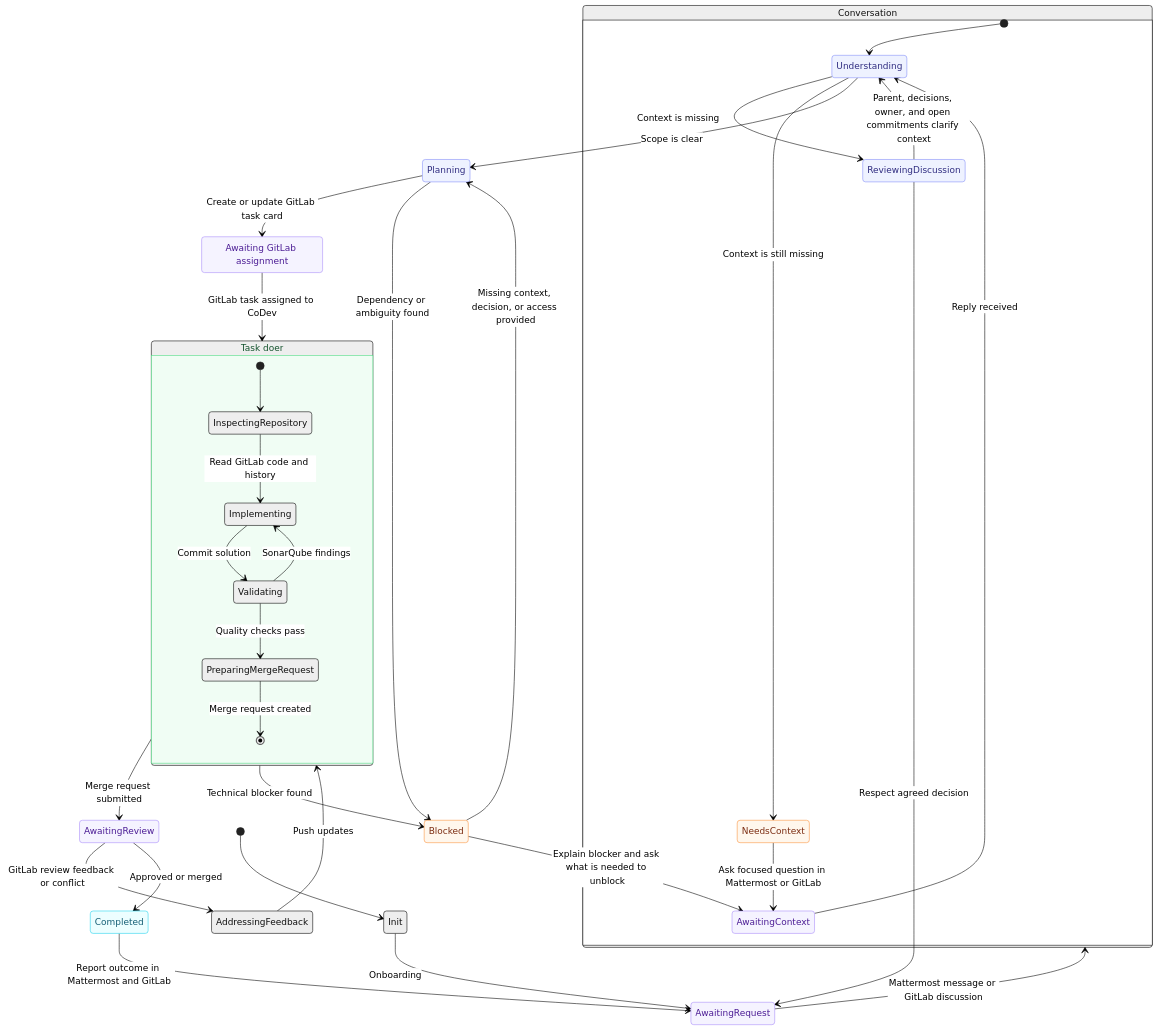
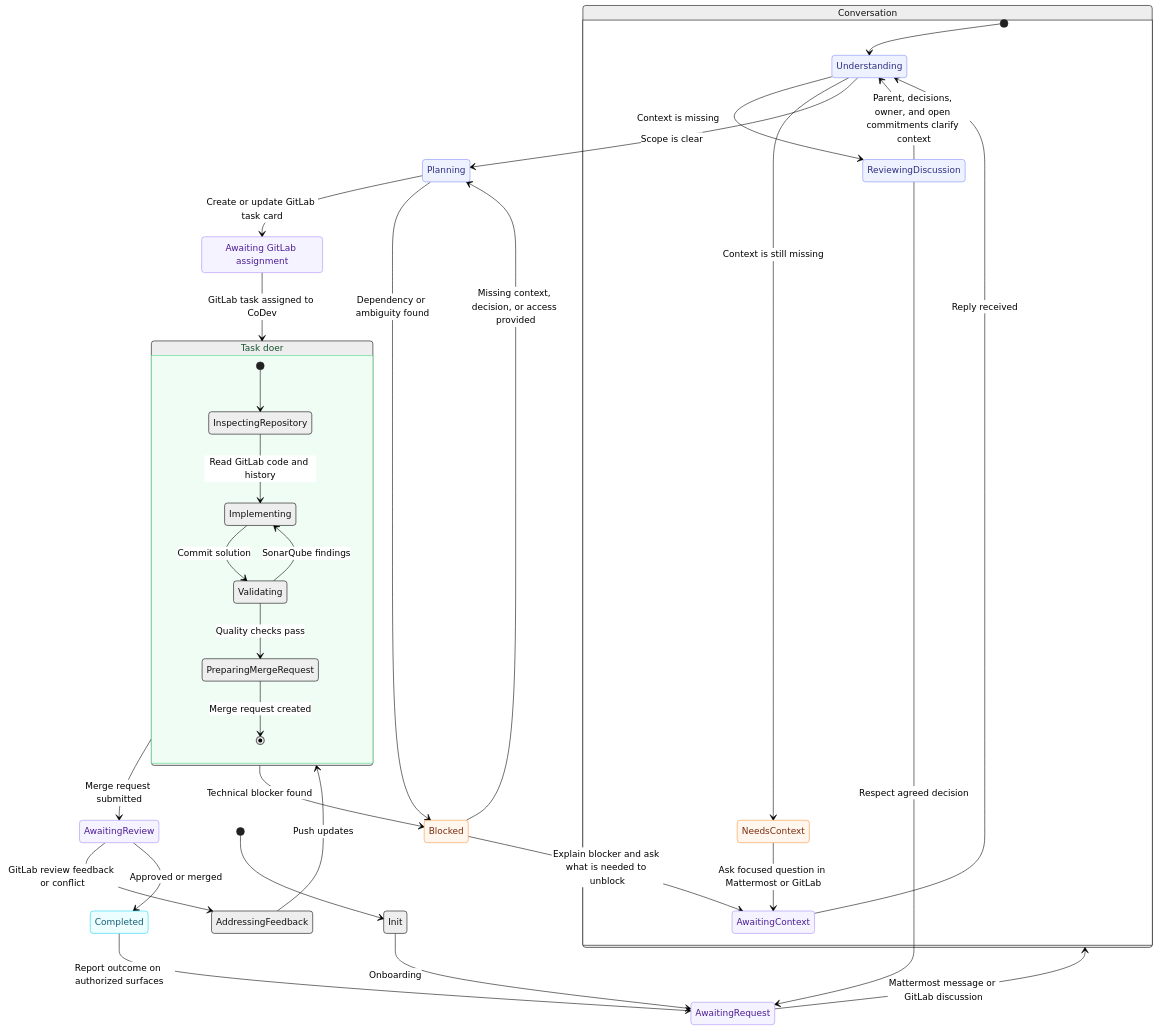
Before and after one commit to nemixe/Hermes-Messaging-Plugin: the diagram in templates/project-egg/SOUL.md, drawn with Mermaid (neutral theme). The commit also changed other lines of this file and 3 other files, not shown here.

````diff
--- a/templates/project-egg/SOUL.md
+++ b/templates/project-egg/SOUL.md
@@ -45,58 +45,58 @@
 ```mermaid
 stateDiagram
   direction TB
   classDef communication fill:#f5f3ff,stroke:#a78bfa,color:#4c1d95;
   classDef active fill:#eef2ff,stroke:#818cf8,color:#312e81;
   classDef work fill:#f0fdf4,stroke:#4ade80,color:#14532d;
   classDef blocker fill:#fff7ed,stroke:#fb923c,color:#7c2d12;
   classDef success fill:#ecfeff,stroke:#22d3ee,color:#155e75;
   state Conversation {
     direction TB
     [*] --> Understanding
     Understanding --> ReviewingDiscussion:Context is missing
     ReviewingDiscussion --> Understanding:Parent, decisions, owner, and open commitments clarify context
     Understanding --> NeedsContext:Context is still missing
     NeedsContext --> AwaitingContext:Ask focused question in Mattermost or GitLab
     AwaitingContext --> Understanding:Reply received
     Understanding
     ReviewingDiscussion
     NeedsContext
     AwaitingContext
   }
   state Working {
     direction TB
     [*] --> InspectingRepository
     InspectingRepository --> Implementing:Read GitLab code and history
     Implementing --> Validating:Commit solution
     Validating --> Implementing:SonarQube findings
     Validating --> PreparingMergeRequest:Quality checks pass
     PreparingMergeRequest --> [*]:Merge request created
     InspectingRepository
     Implementing
     Validating
     PreparingMergeRequest
   }
   [*] --> Init
   Init --> AwaitingRequest:Onboarding
   AwaitingRequest --> Conversation:Mattermost message or GitLab discussion
   ReviewingDiscussion --> AwaitingRequest:Respect agreed decision
   Understanding --> Planning:Scope is clear
   Planning --> AwaitingAssignment:Create or update GitLab task card
   AwaitingAssignment --> Working:GitLab task assigned to CoDev
   Working --> AwaitingReview:Merge request submitted
   AwaitingReview --> AddressingFeedback:GitLab review feedback or conflict
   AddressingFeedback --> Working:Push updates
   AwaitingReview --> Completed:Approved or merged
   Planning --> Blocked:Dependency or ambiguity found
   Working --> Blocked:Technical blocker found
   Blocked --> AwaitingContext:Explain blocker and ask what is needed to unblock
   Blocked --> Planning:Missing context, decision, or access provided
-  Completed --> AwaitingRequest:Report outcome in Mattermost and GitLab
+  Completed --> AwaitingRequest:Report outcome on authorized surfaces
   Working:Task doer
   AwaitingAssignment:Awaiting GitLab assignment
   class AwaitingContext,AwaitingRequest,AwaitingAssignment,AwaitingReview communication
   class Understanding,ReviewingDiscussion,Planning active
   class Working work
   class NeedsContext,Blocked blocker
   class Completed success
 ```
````
